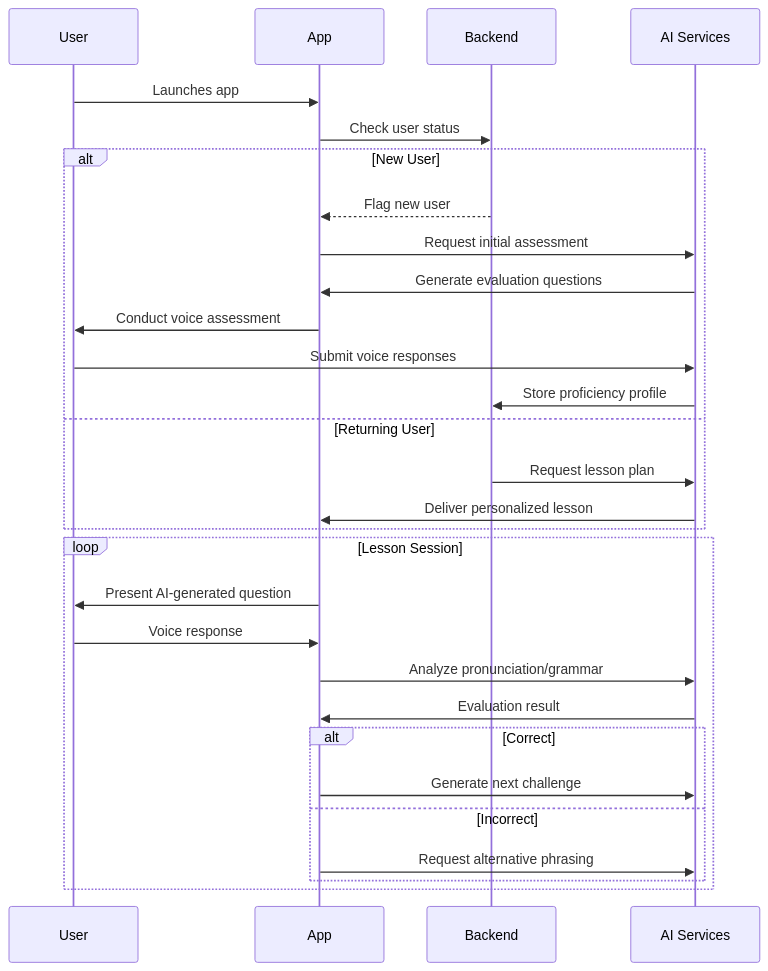
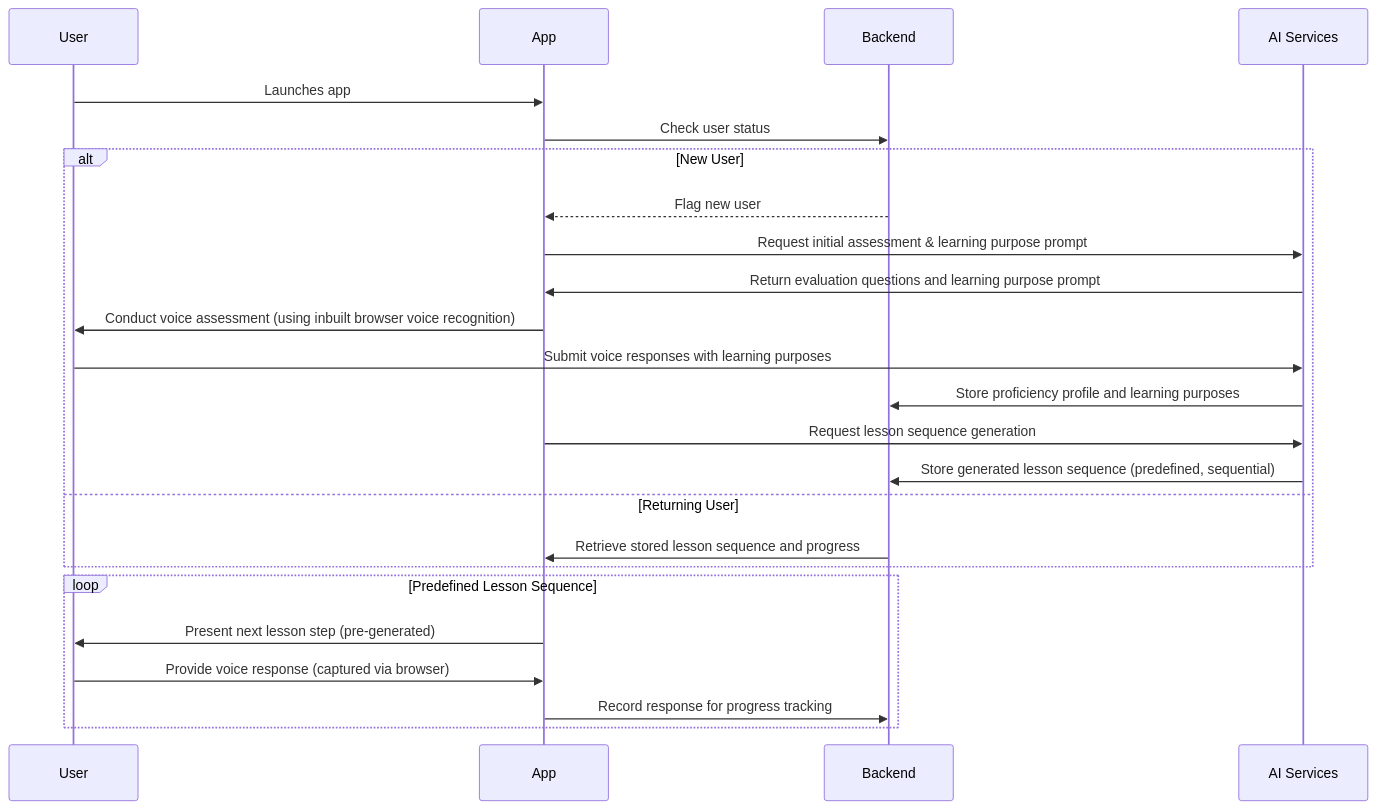
One commit to NikKowPHP/lessay-subscribe changed the first of 3 diagrams in app_documentation.md. Above: the diagram before and after it, drawn with Mermaid. The commit also changed other lines of this file, not shown here.

````diff
--- a/app_documentation.md
+++ b/app_documentation.md
@@ -20,33 +25,28 @@
 ```mermaid
 sequenceDiagram
     participant U as User
     participant A as App
     participant B as Backend
     participant AI as AI Services
     
     U->>A: Launches app
     A->>B: Check user status
     alt New User
         B-->>A: Flag new user
-        A->>AI: Request initial assessment
-        AI->>A: Generate evaluation questions
-        A->>U: Conduct voice assessment
-        U->>AI: Submit voice responses
-        AI->>B: Store proficiency profile
+        A->>AI: Request initial assessment & learning purpose prompt
+        AI->>A: Return evaluation questions and learning purpose prompt
+        A->>U: Conduct voice assessment (using inbuilt browser voice recognition)
+        U->>AI: Submit voice responses with learning purposes
+        AI->>B: Store proficiency profile and learning purposes
+        A->>AI: Request lesson sequence generation
+        AI->>B: Store generated lesson sequence (predefined, sequential)
     else Returning User
-        B->>AI: Request lesson plan
-        AI->>A: Deliver personalized lesson
+        B->>A: Retrieve stored lesson sequence and progress
     end
     
-    loop Lesson Session
-        A->>U: Present AI-generated question
-        U->>A: Voice response
-        A->>AI: Analyze pronunciation/grammar
-        AI->>A: Evaluation result
-        alt Correct
-            A->>AI: Generate next challenge
-        else Incorrect
-            A->>AI: Request alternative phrasing
-        end
+    loop Predefined Lesson Sequence
+        A->>U: Present next lesson step (pre-generated)
+        U->>A: Provide voice response (captured via browser)
+        A->>B: Record response for progress tracking
     end
 ```
````
